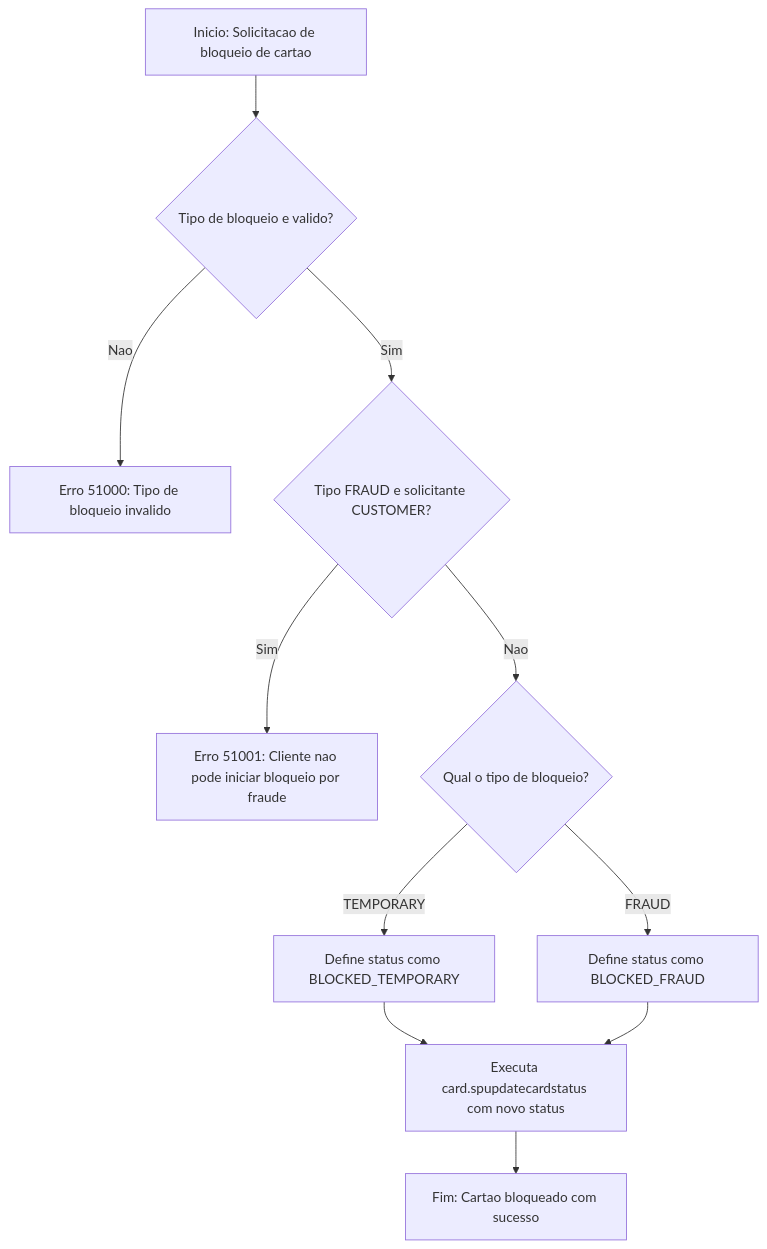
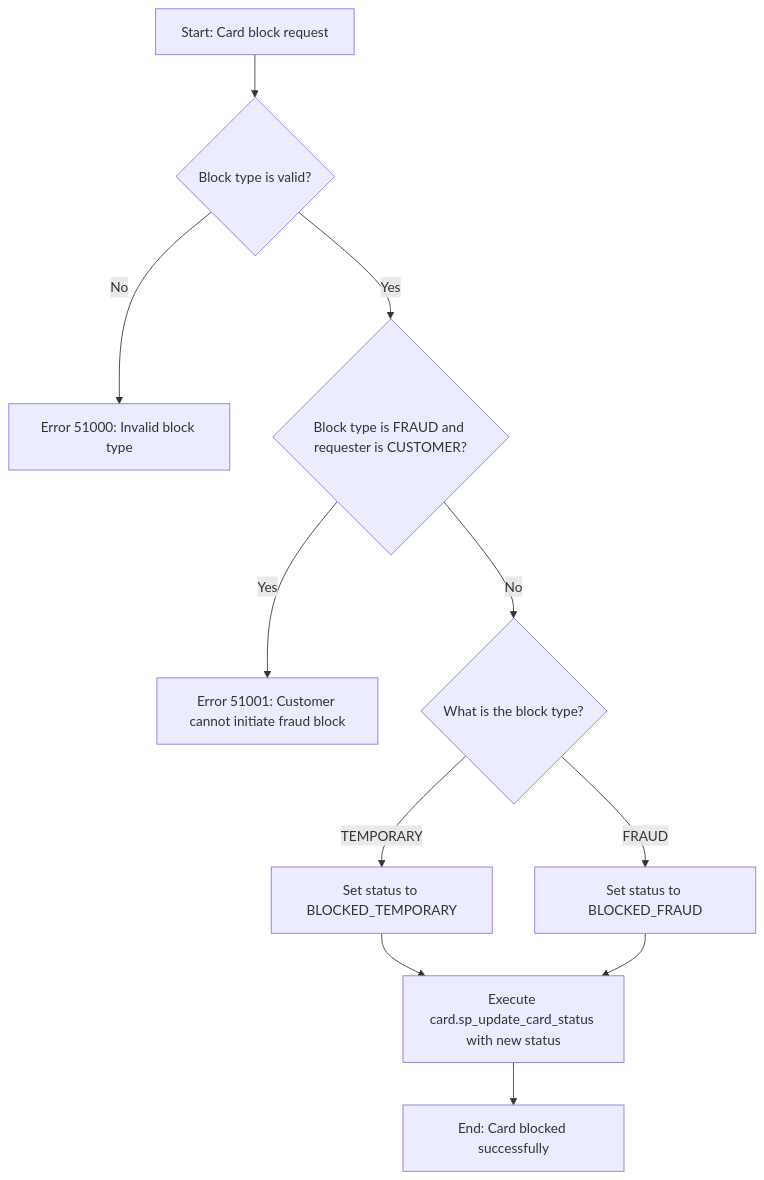
The diagram in doc/database/procedures/sp_block_card.md (gft-us-wynxx/GftUs.Samples.NovoCard.SQL), drawn with Mermaid before and after one commit. The commit also changed other lines of this file and 35 other files, not shown here.

````diff
--- a/doc/database/procedures/sp_block_card.md
+++ b/doc/database/procedures/sp_block_card.md
@@ -42,13 +42,13 @@
 ```mermaid
 graph TD
-    A[Inicio: Solicitacao de bloqueio de cartao] --> B{Tipo de bloqueio e valido?}
-    B -- Nao --> C[Erro 51000: Tipo de bloqueio invalido]
-    B -- Sim --> D{Tipo FRAUD e solicitante CUSTOMER?}
-    D -- Sim --> E[Erro 51001: Cliente nao pode iniciar bloqueio por fraude]
-    D -- Nao --> F{Qual o tipo de bloqueio?}
-    F -- TEMPORARY --> G[Define status como BLOCKED_TEMPORARY]
-    F -- FRAUD --> H[Define status como BLOCKED_FRAUD]
-    G --> I[Executa card.spupdatecardstatus com novo status]
+    A[Start: Card block request] --> B{Block type is valid?}
+    B -- No --> C[Error 51000: Invalid block type]
+    B -- Yes --> D{Block type is FRAUD and requester is CUSTOMER?}
+    D -- Yes --> E[Error 51001: Customer cannot initiate fraud block]
+    D -- No --> F{What is the block type?}
+    F -- TEMPORARY --> G[Set status to BLOCKED_TEMPORARY]
+    F -- FRAUD --> H[Set status to BLOCKED_FRAUD]
+    G --> I[Execute card.sp_update_card_status with new status]
     H --> I
-    I --> J[Fim: Cartao bloqueado com sucesso]
+    I --> J[End: Card blocked successfully]
 ```
````
